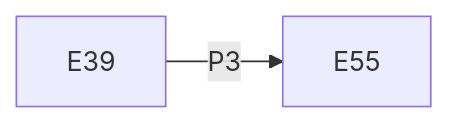
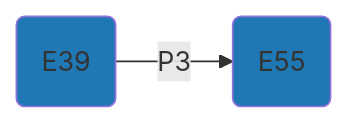
Before and after one commit to achp-project/cultural-heritage: the diagram in test-projects/README.md, drawn with Mermaid. The commit also changed other lines of this file, not shown here.

````diff
--- a/test-projects/README.md
+++ b/test-projects/README.md
@@ -14,4 +17,5 @@
 ```mermaid
 flowchart LR
-    A[E39] --P3--> B[E55];
+    A(E39):::pydef --P3--> B(E55):::pydef;
+	classDef pydef fill:#1f78b4;
 ```
````
